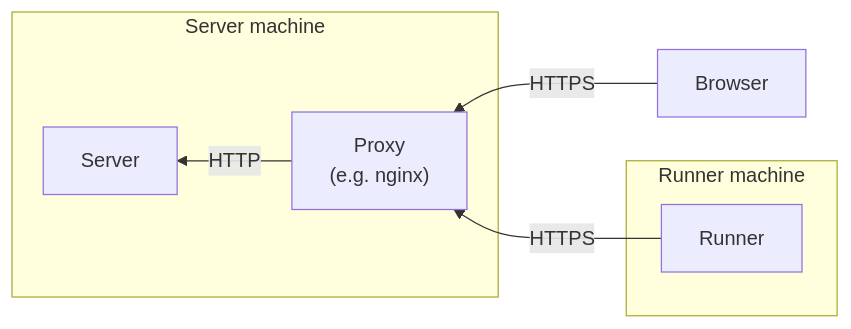
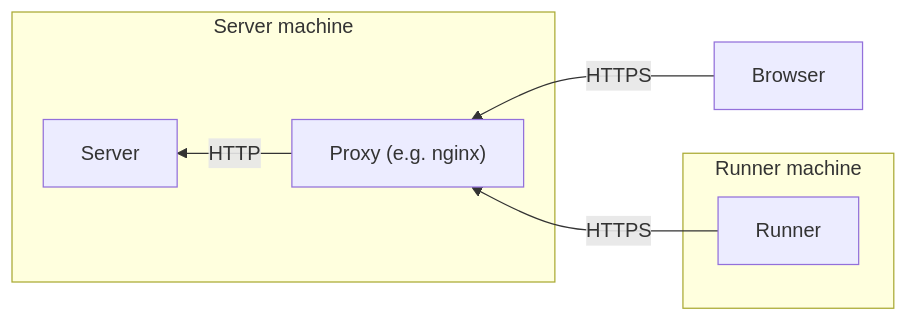
One commit to leanprover/radar changed the diagram in README.md. Above: the diagram before and after it, drawn with Mermaid.

Commit message:
Fix readme diagram on GitHub

````diff
--- a/README.md
+++ b/README.md
@@ -14,10 +14,10 @@
 ```mermaid
 flowchart RL
     subgraph Server machine
         Proxy -- HTTP --> Server
     end
-    Browser -- HTTPS --> Proxy["Proxy\n(e.g. nginx)"]
+    Browser -- HTTPS --> Proxy["Proxy (e.g. nginx)"]
     subgraph Runner machine
         Runner -- HTTPS --> Proxy
     end
 ```
````
